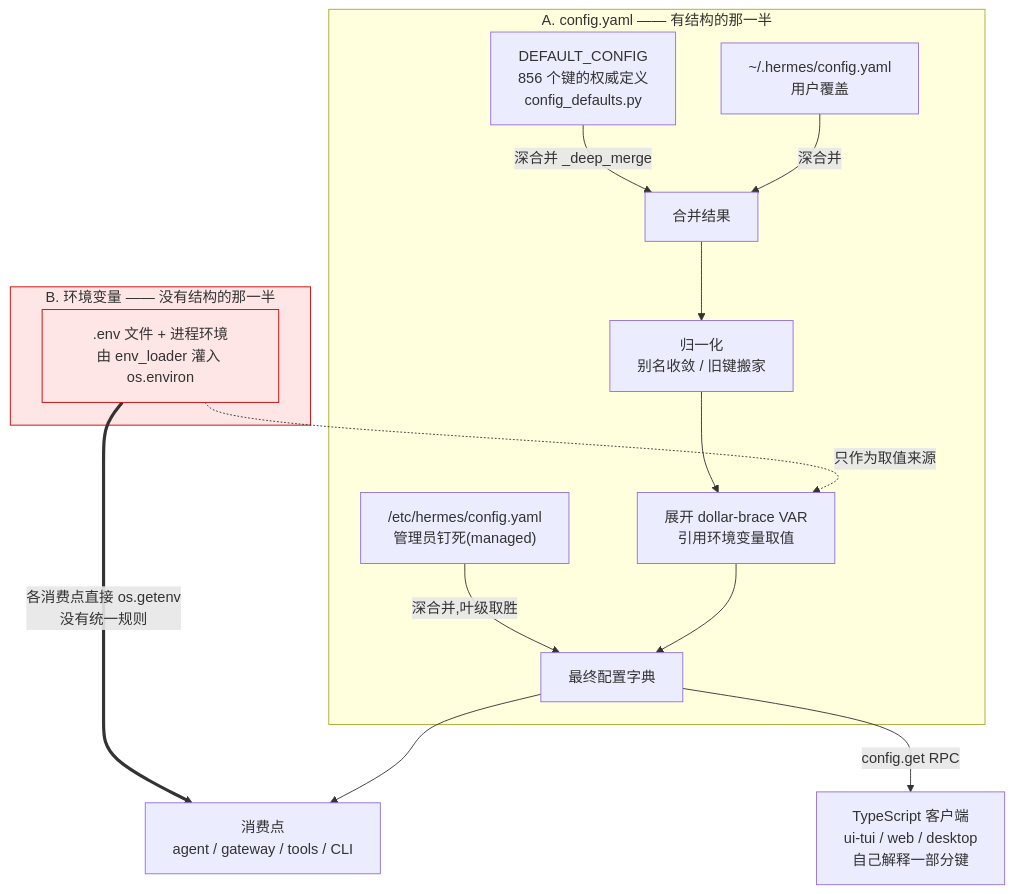
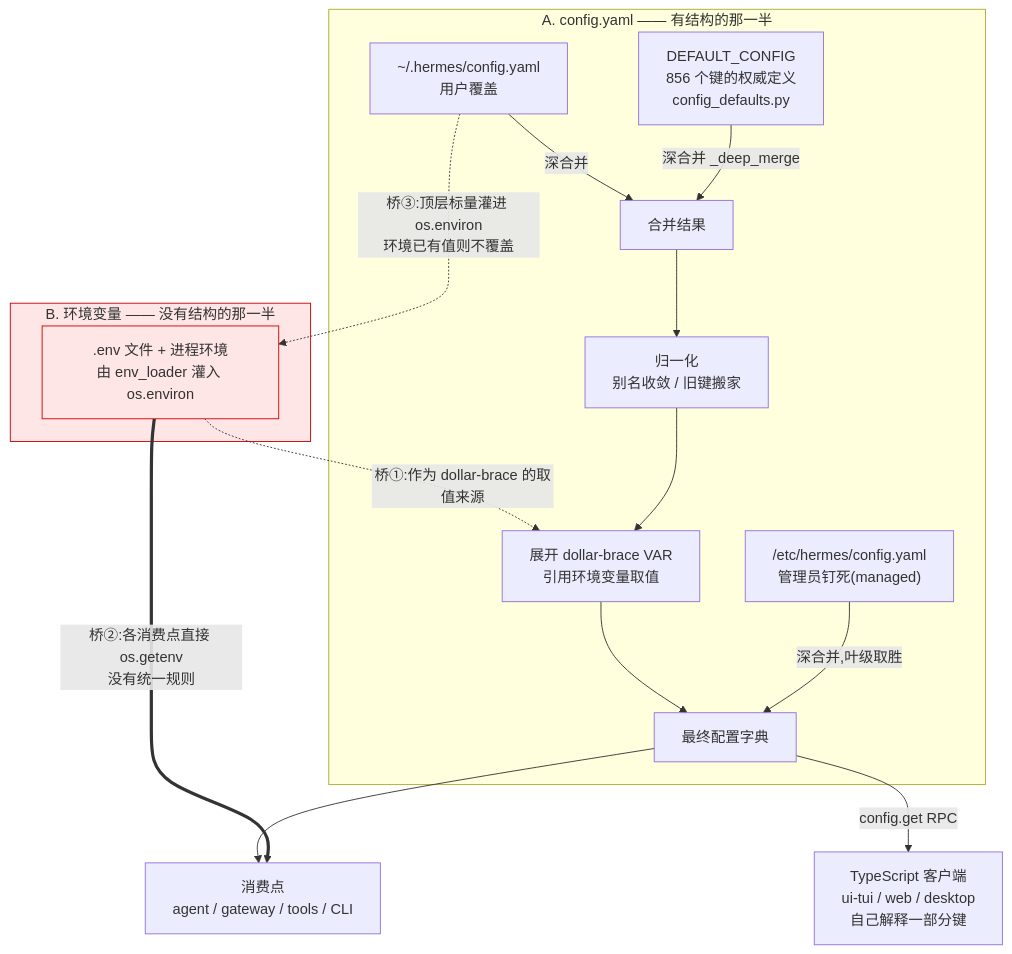
The diagram in chapters/r8a-configuration-surface.md (BillBeam/hermes-study), drawn with Mermaid before and after one commit. The commit also changed other lines of this file and 1 other file, not shown here.

First line of the commit message:
r8a: correct the core model — the schema is open-world and the bridge is two-way

````diff
--- a/chapters/r8a-configuration-surface.md
+++ b/chapters/r8a-configuration-surface.md
@@ -100,27 +101,28 @@
 ```mermaid
 flowchart TB
     subgraph A["A. config.yaml —— 有结构的那一半"]
         D["DEFAULT_CONFIG<br/>856 个键的权威定义<br/>config_defaults.py"]
         U["~/.hermes/config.yaml<br/>用户覆盖"]
         M["/etc/hermes/config.yaml<br/>管理员钉死(managed)"]
         D -->|深合并 _deep_merge| MERGE["合并结果"]
         U -->|深合并| MERGE
         MERGE --> NORM["归一化<br/>别名收敛 / 旧键搬家"]
         NORM --> EXP["展开 dollar-brace VAR<br/>引用环境变量取值"]
         M -->|深合并,叶级取胜| FINAL["最终配置字典"]
         EXP --> FINAL
     end
 
     subgraph B["B. 环境变量 —— 没有结构的那一半"]
         ENV[".env 文件 + 进程环境<br/>由 env_loader 灌入 os.environ"]
     end
 
-    ENV -.->|"只作为取值来源"| EXP
-    ENV ==>|"各消费点直接 os.getenv<br/>没有统一规则"| CONSUMER
+    ENV -.->|"桥①:作为 dollar-brace 的取值来源"| EXP
+    ENV ==>|"桥②:各消费点直接 os.getenv<br/>没有统一规则"| CONSUMER
+    U -.->|"桥③:顶层标量灌进 os.environ<br/>环境已有值则不覆盖"| ENV
 
     FINAL --> CONSUMER["消费点<br/>agent / gateway / tools / CLI"]
     FINAL -->|"config.get RPC"| TS["TypeScript 客户端<br/>ui-tui / web / desktop<br/>自己解释一部分键"]
 
     style B fill:#ffe6e6,stroke:#cc0000
     style ENV fill:#ffe6e6,stroke:#cc0000
 ```
````
